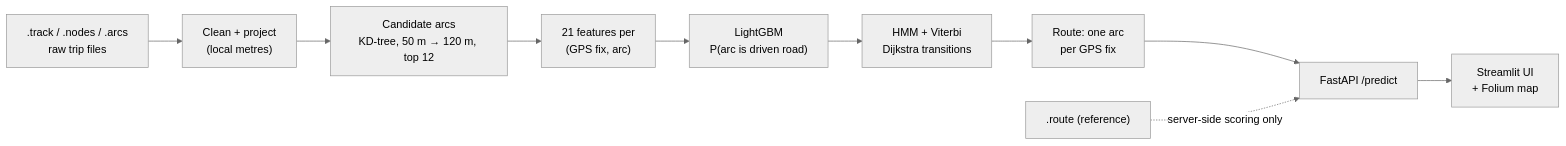
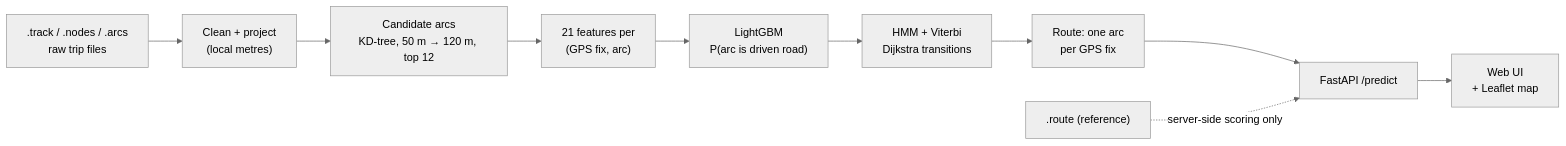
One commit to sidd2006/PathSnap changed the diagram in README.md. Above: the diagram before and after it, drawn with Mermaid (neutral theme). The commit also changed other lines of this file, not shown here.

Commit message:
README: document the new web UI as the primary evaluator interface

````diff
--- a/README.md
+++ b/README.md
@@ -108,12 +108,12 @@
 ```mermaid
 flowchart LR
     A[".track / .nodes / .arcs<br/>raw trip files"] --> B["Clean + project<br/>(local metres)"]
     B --> C["Candidate arcs<br/>KD-tree, 50 m → 120 m, top 12"]
     C --> D["21 features per<br/>(GPS fix, arc)"]
     D --> E["LightGBM<br/>P(arc is driven road)"]
     E --> F["HMM + Viterbi<br/>Dijkstra transitions"]
     F --> G["Route: one arc<br/>per GPS fix"]
     G --> H["FastAPI /predict"]
-    H --> I["Streamlit UI<br/>+ Folium map"]
+    H --> I["Web UI<br/>+ Leaflet map"]
     R[".route (reference)"] -. server-side scoring only .-> H
 ```
````
